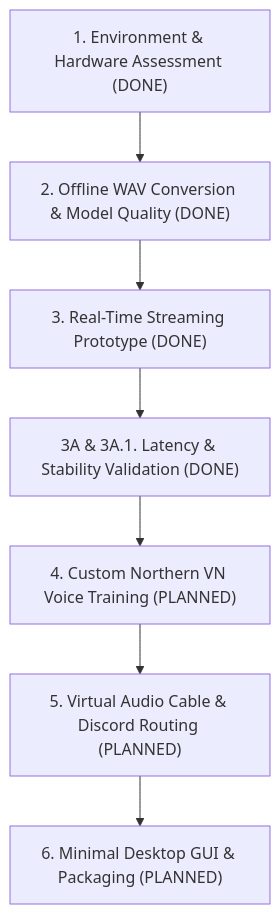
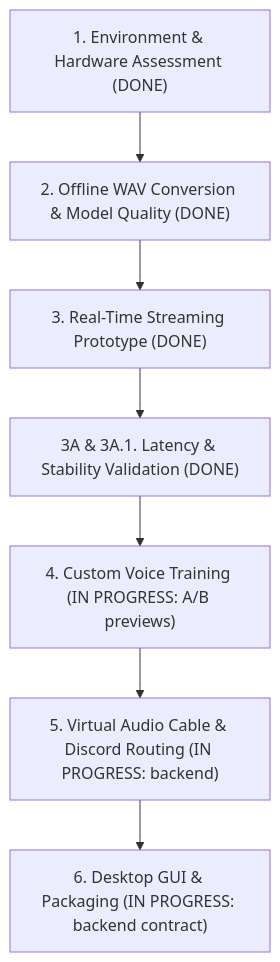
One commit to quachvietthanh/RealTimeVoiceChanger changed the diagram in docs/roadmap.md. Above: the diagram before and after it, drawn with Mermaid. The commit also changed other lines of this file and 66 other files, not shown here.

````diff
--- a/docs/roadmap.md
+++ b/docs/roadmap.md
@@ -5,9 +5,9 @@
 ```mermaid
 graph TD
     M1["1. Environment & Hardware Assessment (DONE)"] --> M2["2. Offline WAV Conversion & Model Quality (DONE)"]
     M2 --> M3["3. Real-Time Streaming Prototype (DONE)"]
     M3 --> M3A["3A & 3A.1. Latency & Stability Validation (DONE)"]
-    M3A --> M4["4. Custom Northern VN Voice Training (PLANNED)"]
-    M4 --> M5["5. Virtual Audio Cable & Discord Routing (PLANNED)"]
-    M5 --> M6["6. Minimal Desktop GUI & Packaging (PLANNED)"]
+    M3A --> M4["4. Custom Voice Training (IN PROGRESS: A/B previews)"]
+    M4 --> M5["5. Virtual Audio Cable & Discord Routing (IN PROGRESS: backend)"]
+    M5 --> M6["6. Desktop GUI & Packaging (IN PROGRESS: backend contract)"]
 ```
````
